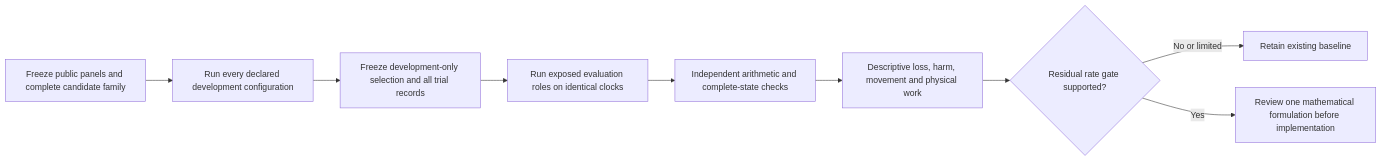
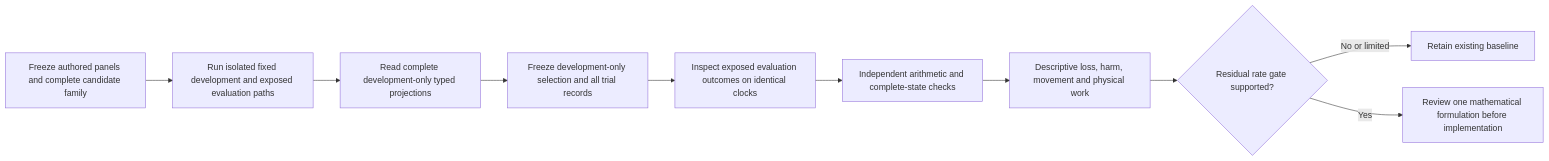
Before and after one commit to jacksonpradolima/coleman: the diagram in docs/adaptive-expert-feasibility.md, drawn with Mermaid. The commit also changed other lines of this file and 10 other files, not shown here.

````diff
--- a/docs/adaptive-expert-feasibility.md
+++ b/docs/adaptive-expert-feasibility.md
@@ -102,11 +136,12 @@
 ```mermaid
 flowchart LR
-    P[Freeze public panels and complete candidate family] --> D[Run every declared development configuration]
+    P[Freeze authored panels and complete candidate family] --> X[Run isolated fixed development and exposed evaluation paths]
+    X --> D[Read complete development-only typed projections]
     D --> S[Freeze development-only selection and all trial records]
-    S --> E[Run exposed evaluation roles on identical clocks]
+    S --> E[Inspect exposed evaluation outcomes on identical clocks]
     E --> A[Independent arithmetic and complete-state checks]
     A --> R[Descriptive loss, harm, movement and physical work]
     R --> G{Residual rate gate supported?}
     G -->|No or limited| B[Retain existing baseline]
     G -->|Yes| F[Review one mathematical formulation before implementation]
 ```
````
